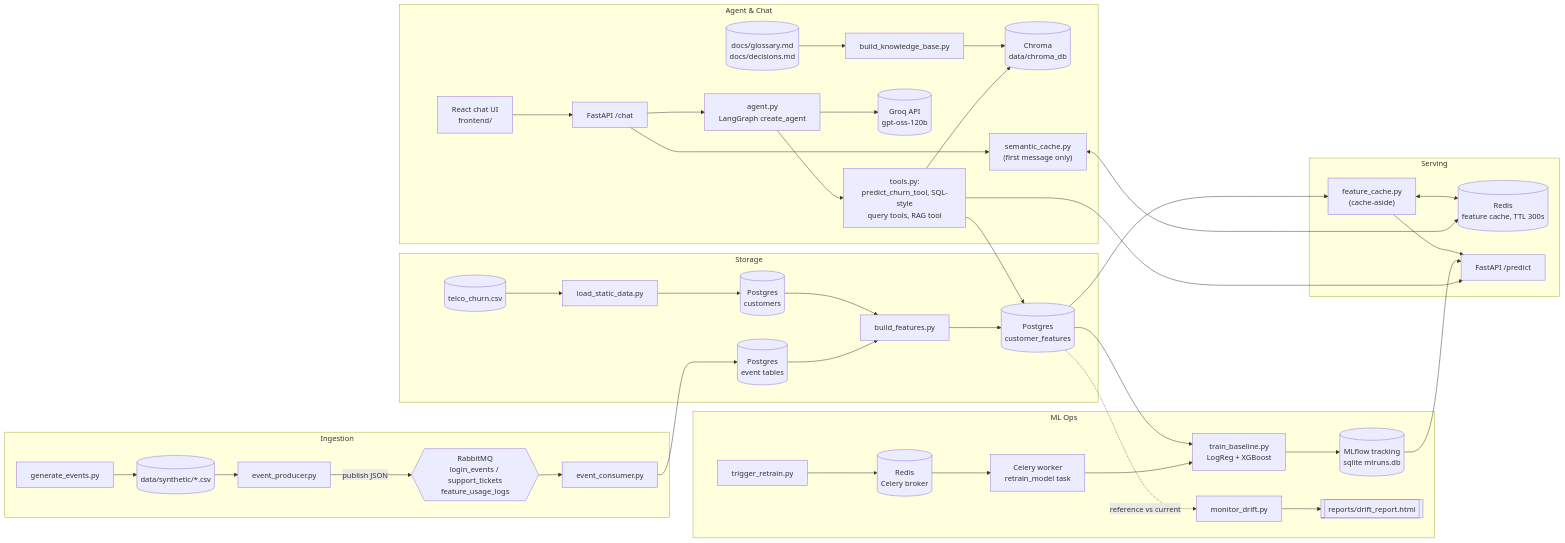
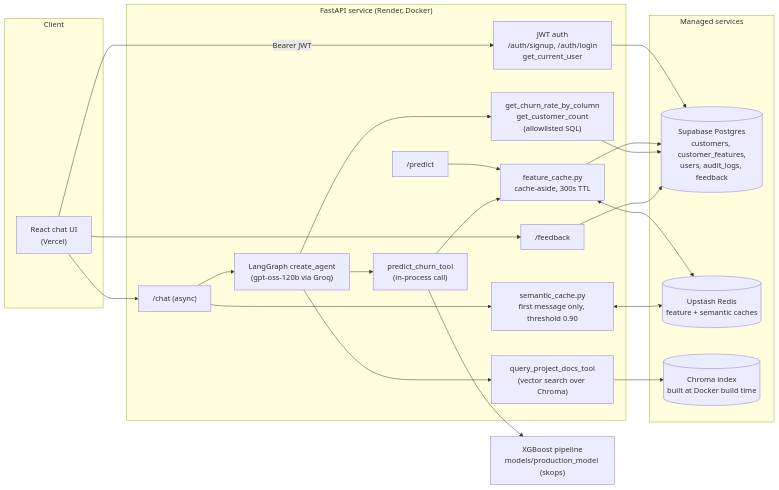
One commit to Harishchand83077/ml-insight-platform changed the first of 2 diagrams in README.md. Above: the diagram before and after it, drawn with Mermaid. The commit also changed other lines of this file, not shown here.

````diff
--- a/README.md
+++ b/README.md
@@ -22,49 +31,44 @@
 ```mermaid
 flowchart LR
-    subgraph Ingestion
-        GEN["generate_events.py"] --> CSV[("data/synthetic/*.csv")]
-        CSV --> PROD["event_producer.py"]
-        PROD -->|publish JSON| MQ{{"RabbitMQ<br/>login_events / support_tickets<br/>feature_usage_logs"}}
-        MQ --> CONS["event_consumer.py"]
+    subgraph Client
+        UI["React chat UI<br/>(Vercel)"]
     end
 
-    subgraph Storage
-        RAW[("telco_churn.csv")] --> LOAD["load_static_data.py"]
-        LOAD --> PGC[("Postgres<br/>customers")]
-        CONS --> PGE[("Postgres<br/>event tables")]
-        PGC --> FEAT["build_features.py"]
-        PGE --> FEAT
-        FEAT --> PGF[("Postgres<br/>customer_features")]
+    subgraph Backend["FastAPI service (Render, Docker)"]
+        AUTH["JWT auth<br/>/auth/signup, /auth/login<br/>get_current_user"]
+        PRED["/predict"]
+        CHAT["/chat (async)"]
+        FB["/feedback"]
+        FC["feature_cache.py<br/>cache-aside, 300s TTL"]
+        SC["semantic_cache.py<br/>first message only, threshold 0.90"]
+        AGENT["LangGraph create_agent<br/>(gpt-oss-120b via Groq)"]
+        T1["predict_churn_tool<br/>(in-process call)"]
+        T2["get_churn_rate_by_column<br/>get_customer_count<br/>(allowlisted SQL)"]
+        T3["query_project_docs_tool<br/>(vector search over Chroma)"]
     end
 
-    subgraph Serving
-        PGF --> CACHE["feature_cache.py<br/>(cache-aside)"]
-        CACHE <--> REDIS[("Redis<br/>feature cache, TTL 300s")]
-        CACHE --> API["FastAPI /predict"]
+    subgraph Data["Managed services"]
+        PG[("Supabase Postgres<br/>customers, customer_features,<br/>users, audit_logs, feedback")]
+        REDIS[("Upstash Redis<br/>feature + semantic caches")]
+        CHROMA[("Chroma index<br/>built at Docker build time")]
     end
 
-    subgraph "ML Ops"
-        PGF --> TRAIN["train_baseline.py<br/>LogReg + XGBoost"]
-        TRAIN --> MLF[("MLflow tracking<br/>sqlite mlruns.db")]
-        MLF --> API
-        PGF -.reference vs current.-> DRIFT["monitor_drift.py"]
-        DRIFT --> REPORT[["reports/drift_report.html"]]
-        TRIG["trigger_retrain.py"] --> BROKER[("Redis<br/>Celery broker")]
-        BROKER --> WORKER["Celery worker<br/>retrain_model task"]
-        WORKER --> TRAIN
-    end
-
-    subgraph "Agent & Chat"
-        DOCS[("docs/glossary.md<br/>docs/decisions.md")] --> KB["build_knowledge_base.py"]
-        KB --> CHROMA[("Chroma<br/>data/chroma_db")]
-        UI["React chat UI<br/>frontend/"] --> CHAT["FastAPI /chat"]
-        CHAT --> SEMCACHE["semantic_cache.py<br/>(first message only)"]
-        SEMCACHE <--> REDIS
-        CHAT --> AGENT["agent.py<br/>LangGraph create_agent"]
-        AGENT --> GROQ[("Groq API<br/>gpt-oss-120b")]
-        AGENT --> TOOLS["tools.py:<br/>predict_churn_tool, SQL-style<br/>query tools, RAG tool"]
-        TOOLS --> API
-        TOOLS --> PGF
-        TOOLS --> CHROMA
-    end
+    UI -->|Bearer JWT| AUTH
+    UI --> CHAT
+    UI --> FB
+    AUTH --> PG
+    PRED --> FC
+    FC <--> REDIS
+    FC --> PG
+    CHAT --> SC
+    SC <--> REDIS
+    CHAT --> AGENT
+    AGENT --> T1
+    AGENT --> T2
+    AGENT --> T3
+    T1 --> FC
+    T1 --> MODEL["XGBoost pipeline<br/>models/production_model (skops)"]
+    T2 --> PG
+    T3 --> CHROMA
+    FB --> PG
 ```
````
